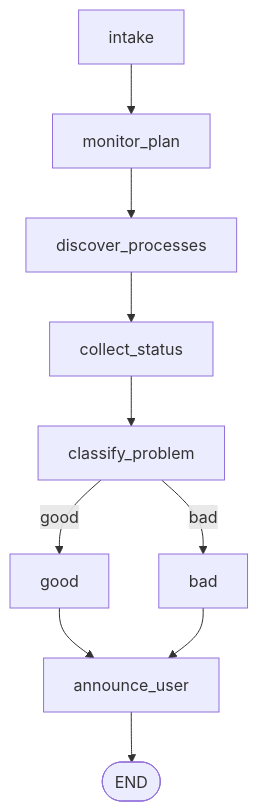
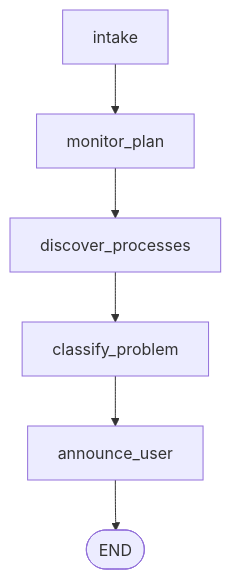
Before and after one commit to BlueElf246/OGG_Agent: the diagram in plan/graph_architecture.md, drawn with Mermaid. The commit also changed other lines of this file and 3 other files, not shown here.

````diff
--- a/plan/graph_architecture.md
+++ b/plan/graph_architecture.md
@@ -22,12 +22,8 @@
 ```mermaid
 flowchart TD
     A[intake] --> B[monitor_plan]
     B --> C[discover_processes]
-    C --> D[collect_status]
-    D --> E[classify_problem]
-    E -->|good| F[good]
-    F --> G[announce_user]
-    E -->|bad| H[bad]
-    H --> G
-    G --> Z([END])
+    C --> D[classify_problem]
+    D --> E[announce_user]
+    E --> Z([END])
 ```
````
